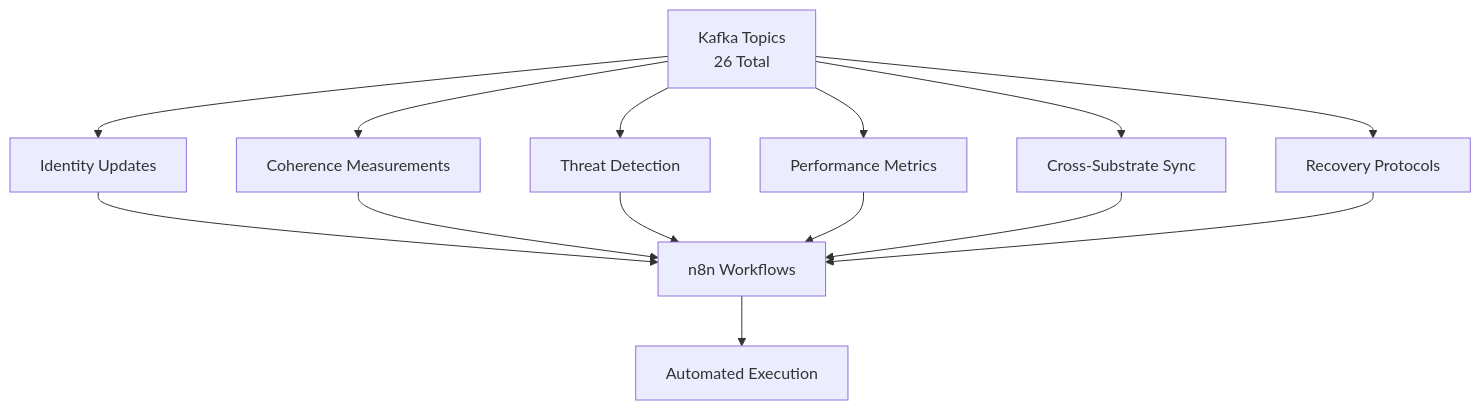
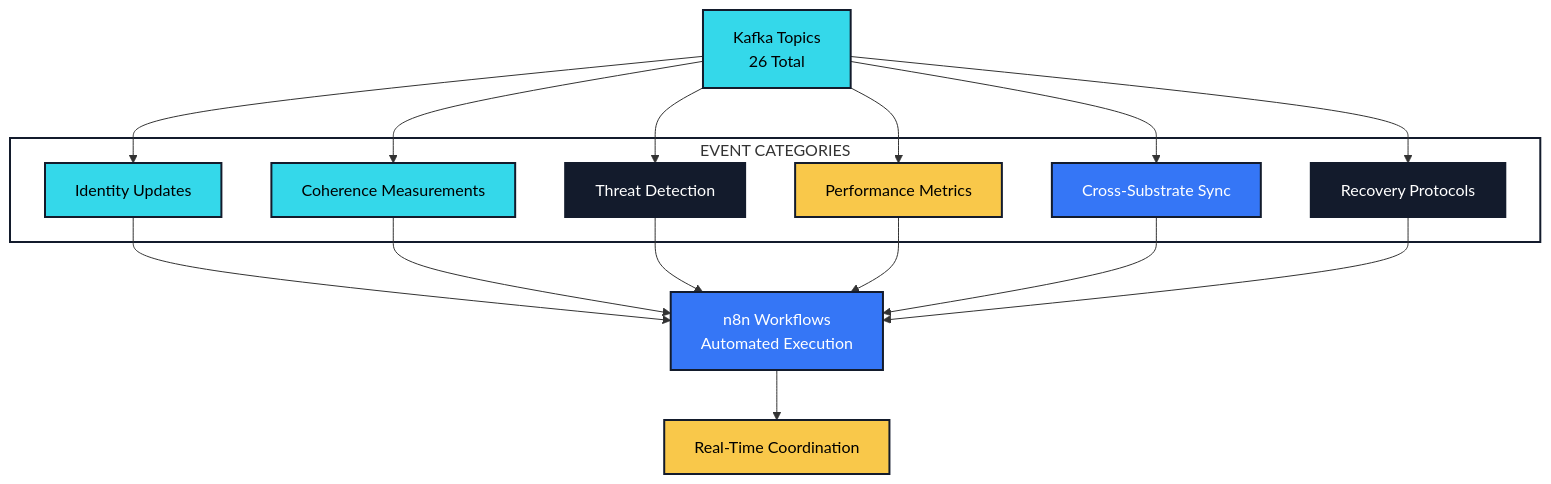
One commit to Feirbrand/synoeticos-public changed the fourth of 10 diagrams in docs/synoetic-os-v1.0/synoetic-os-v1.0-visualizations.md. Above: the diagram before and after it, drawn with Mermaid. The commit also changed other lines of this file and 8 other files, not shown here.

````diff
--- a/docs/synoetic-os-v1.0/synoetic-os-v1.0-visualizations.md
+++ b/docs/synoetic-os-v1.0/synoetic-os-v1.0-visualizations.md
@@ -82,18 +186,41 @@
-<div class="mermaid">
+```{mermaid}
 graph TB
-    A["Kafka Topics<br/>26 Total"] --> B["Identity Updates"]
-    A --> C["Coherence Measurements"]
-    A --> D["Threat Detection"]
-    A --> E["Performance Metrics"]
-    A --> F["Cross-Substrate Sync"]
-    A --> G["Recovery Protocols"]
+    A["Kafka Topics<br/>26 Total"]
     
-    B --> H["n8n Workflows"]
+    subgraph topics["EVENT CATEGORIES"]
+        B["Identity Updates"]
+        C["Coherence Measurements"]
+        D["Threat Detection"]
+        E["Performance Metrics"]
+        F["Cross-Substrate Sync"]
+        G["Recovery Protocols"]
+        style B fill:#34D8EA,stroke:#131B2C,stroke-width:2px,color:#000
+        style C fill:#34D8EA,stroke:#131B2C,stroke-width:2px,color:#000
+        style D fill:#131B2C,stroke:#131B2C,stroke-width:2px,color:#fff
+        style E fill:#F9C84A,stroke:#131B2C,stroke-width:2px,color:#000
+        style F fill:#3576F6,stroke:#131B2C,stroke-width:2px,color:#fff
+        style G fill:#131B2C,stroke:#131B2C,stroke-width:2px,color:#fff
+    end
+    
+    H["n8n Workflows<br/>Automated Execution"]
+    I["Real-Time Coordination"]
+    
+    A --> B
+    A --> C
+    A --> D
+    A --> E
+    A --> F
+    A --> G
+    B --> H
     C --> H
     D --> H
     E --> H
     F --> H
     G --> H
+    H --> I
     
-    H --> I["Automated Execution"]
-</div>
+    style A fill:#34D8EA,stroke:#131B2C,stroke-width:2px,color:#000
+    style H fill:#3576F6,stroke:#131B2C,stroke-width:2px,color:#fff
+    style I fill:#F9C84A,stroke:#131B2C,stroke-width:2px,color:#000
+    style topics fill:none,stroke:#131B2C,stroke-width:2px
+```
````
